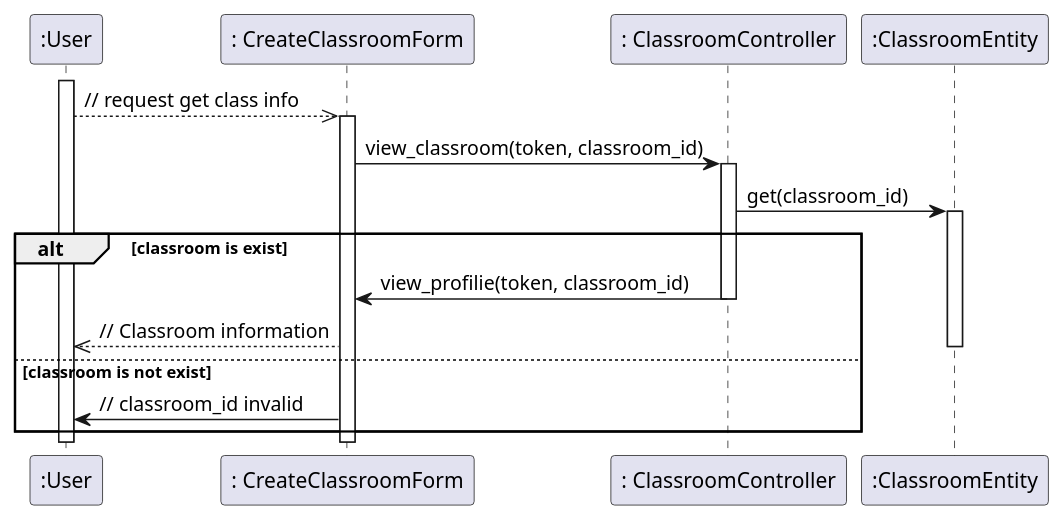
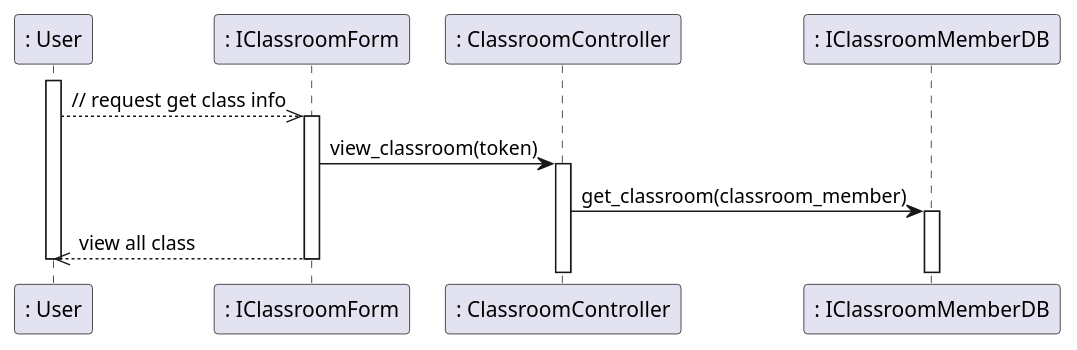
The diagram in sequence - design/classroom/viewClass.plantuml (anonyhostvn/OOAD-Diagram), drawn with PlantUML before and after one commit. The commit also changed 13 other files, not shown here.

```diff
--- a/sequence - design/classroom/viewClass.plantuml
+++ b/sequence - design/classroom/viewClass.plantuml
@@ -1,22 +1,15 @@
 @startuml viewClass
 
-activate ":User"
-":User" -->> ": CreateClassroomForm": // request get class info
-activate ": CreateClassroomForm"
-": CreateClassroomForm" -> ": ClassroomController": view_classroom(token, classroom_id)
+activate ": User"
+": User" -->> ": IClassroomForm": // request get class info
+activate ": IClassroomForm"
+": IClassroomForm" -> ": ClassroomController": view_classroom(token)
 activate ": ClassroomController"
-": ClassroomController" -> ":ClassroomEntity": get(classroom_id)
-activate ":ClassroomEntity"
-alt classroom is exist
-    ": ClassroomController" -> ": CreateClassroomForm": view_profilie(token, classroom_id)
-    deactivate ": ClassroomController"
-    ": CreateClassroomForm" -->> ":User": // Classroom information
-else classroom is not exist
-    deactivate ":ClassroomEntity"
-    ": CreateClassroomForm" -> ":User": // classroom_id invalid
-end
+": ClassroomController" -> ": IClassroomMemberDB": get_classroom(classroom_member)
+activate ": IClassroomMemberDB"
+": IClassroomForm" -->> ": User": view all class
 
-deactivate ": CreateClassroomForm"
-deactivate ":User"
+deactivate ": IClassroomForm"
+deactivate ": User"
 
 @enduml
```
